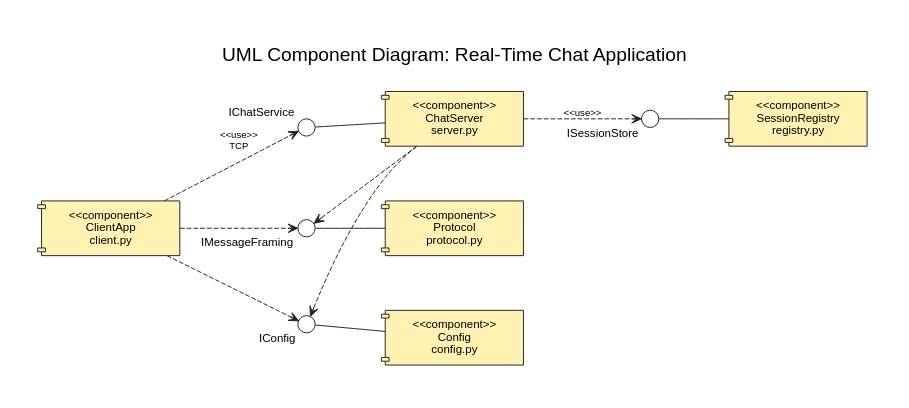
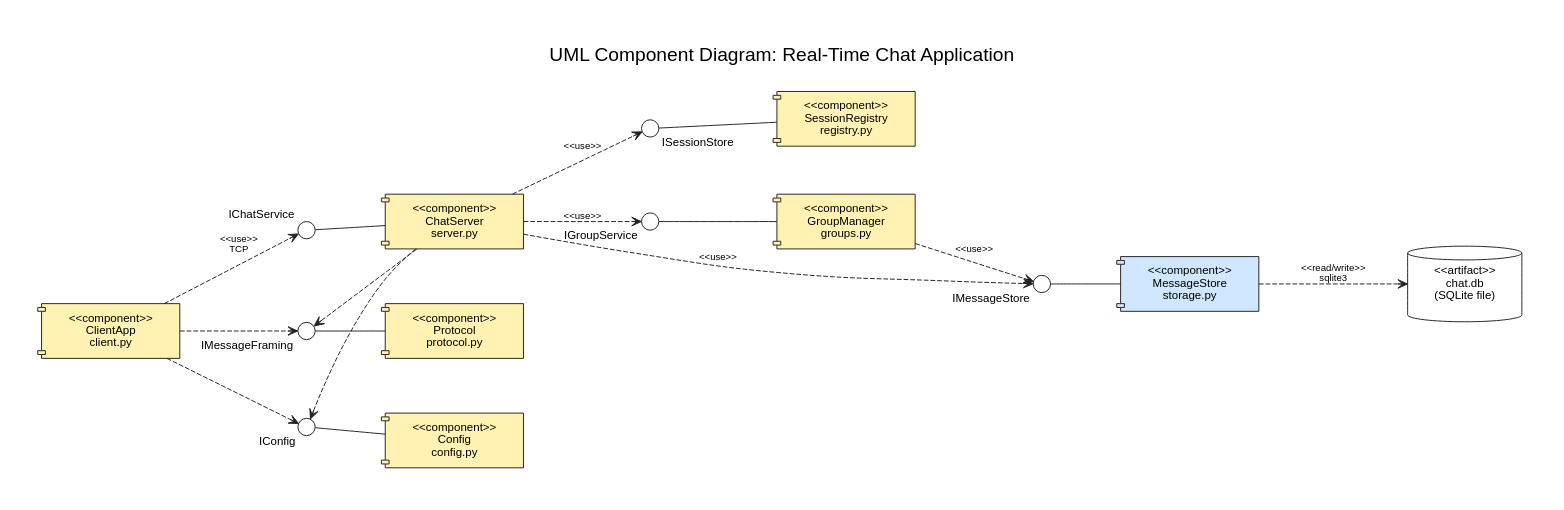
Before and after one commit to Kabir7code/Chat-application-Socket-Programming-: the diagram in Documents/diagrams/components.dot, drawn with Graphviz. The commit also changed 14 other files, not shown here.

```diff
--- a/Documents/diagrams/components.dot
+++ b/Documents/diagrams/components.dot
@@ -1,37 +1,51 @@
-// UML component diagram of the chat application (as built, Sprint 1).
+// UML component diagram of the chat application (as built, Sprint 3: storage added, #58).
 // Render: dot -Tpng -Gdpi=150 components.dot -o ../Component_Diagram.png
 // Notation: box with tabs = component; circle = provided interface; dashed arrow = <<use>>.
 digraph Components {
   graph [rankdir=LR, fontname="Helvetica", fontsize=20, labelloc=t, pad=0.5, nodesep=0.7, ranksep=1.0, bgcolor=white, newrank=true,
          label="UML Component Diagram: Real-Time Chat Application\n "];
   node  [shape=component, style=filled, fillcolor="#FFF2B3", fontname="Helvetica", fontsize=12, color="#222222", margin="0.25,0.12", width=1.9];
   edge  [fontname="Helvetica", fontsize=10, color="#222222"];
 
   ClientApp [label="<<component>>\nClientApp\nclient.py"];
   IChat     [shape=circle, label="", width=0.25, fixedsize=true, fillcolor="#FFFFFF", xlabel="IChatService"];
   Server    [label="<<component>>\nChatServer\nserver.py"];
   ISession  [shape=circle, label="", width=0.25, fixedsize=true, fillcolor="#FFFFFF", xlabel="ISessionStore"];
   Registry  [label="<<component>>\nSessionRegistry\nregistry.py"];
 
   Protocol  [label="<<component>>\nProtocol\nprotocol.py"];
   IFraming  [shape=circle, label="", width=0.25, fixedsize=true, fillcolor="#FFFFFF", xlabel="IMessageFraming"];
   Config    [label="<<component>>\nConfig\nconfig.py"];
   IConfig   [shape=circle, label="", width=0.25, fixedsize=true, fillcolor="#FFFFFF", xlabel="IConfig"];
 
   // main row: client -> server -> registry
+  Groups    [label="<<component>>\nGroupManager\ngroups.py"];
+  IGroups   [shape=circle, label="", width=0.25, fixedsize=true, fillcolor="#FFFFFF", xlabel="IGroupService"];
+  Storage   [label="<<component>>\nMessageStore\nstorage.py", fillcolor="#CFE8FF"];
+  IStore    [shape=circle, label="", width=0.25, fixedsize=true, fillcolor="#FFFFFF", xlabel="IMessageStore"];
+  Database  [shape=cylinder, label="<<artifact>>\nchat.db\n(SQLite file)", fillcolor="#FFFFFF", width=1.5];
+
   ClientApp -> IChat    [style=dashed, arrowhead=open, label="<<use>>\nTCP"];
   IChat     -> Server   [arrowhead=none];
   Server    -> ISession [style=dashed, arrowhead=open, label="<<use>>"];
   ISession  -> Registry [arrowhead=none];
+
+  // Sprint 3: everything that must survive a restart goes through MessageStore
+  Server    -> IGroups  [style=dashed, arrowhead=open, label="<<use>>"];
+  IGroups   -> Groups   [arrowhead=none];
+  Server    -> IStore   [style=dashed, arrowhead=open, label="<<use>>"];
+  Groups    -> IStore   [style=dashed, arrowhead=open, label="<<use>>"];
+  IStore    -> Storage  [arrowhead=none];
+  Storage   -> Database [style=dashed, arrowhead=open, label="<<read/write>>\nsqlite3"];
 
   // shared library, used by client and server
   IFraming -> Protocol [arrowhead=none];
   IConfig  -> Config   [arrowhead=none];
   ClientApp -> IFraming [style=dashed, arrowhead=open];
   Server    -> IFraming [style=dashed, arrowhead=open, constraint=false];
   ClientApp -> IConfig  [style=dashed, arrowhead=open];
   Server    -> IConfig  [style=dashed, arrowhead=open, constraint=false];
 
   {rank=same; IChat; IFraming; IConfig}
   {rank=same; Server; Protocol; Config}
 }
```
